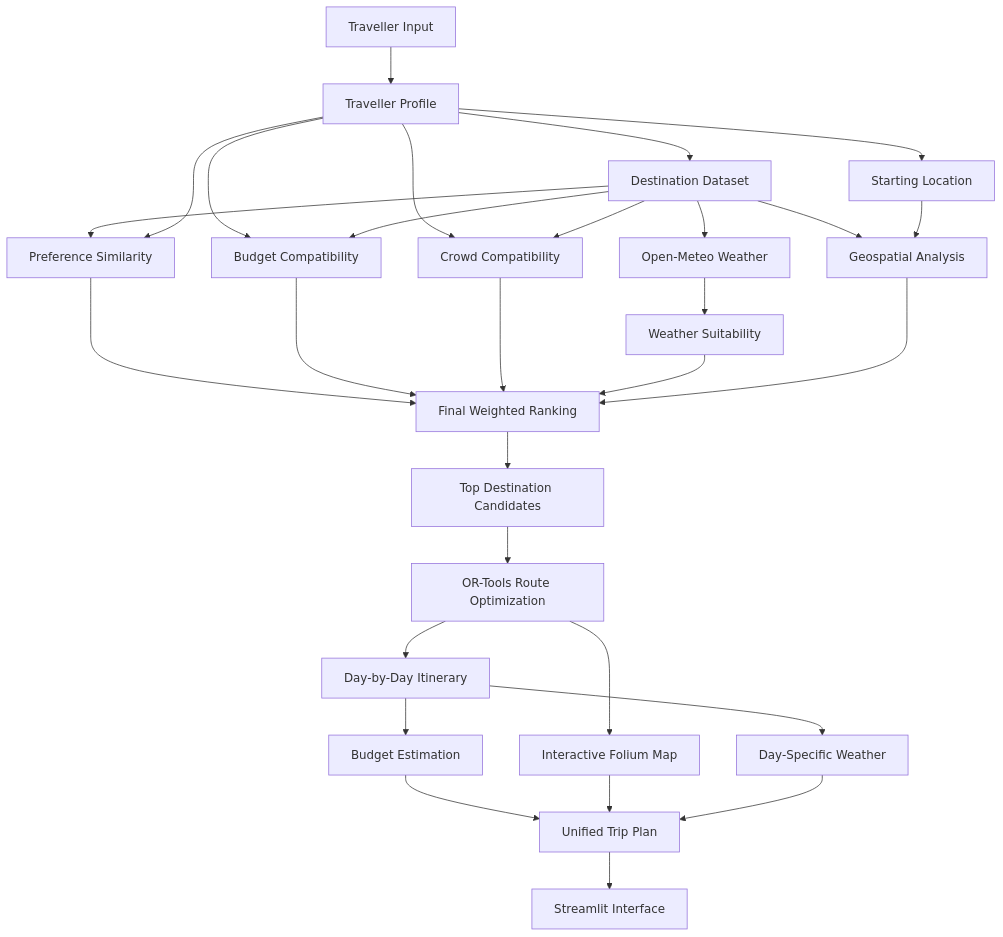
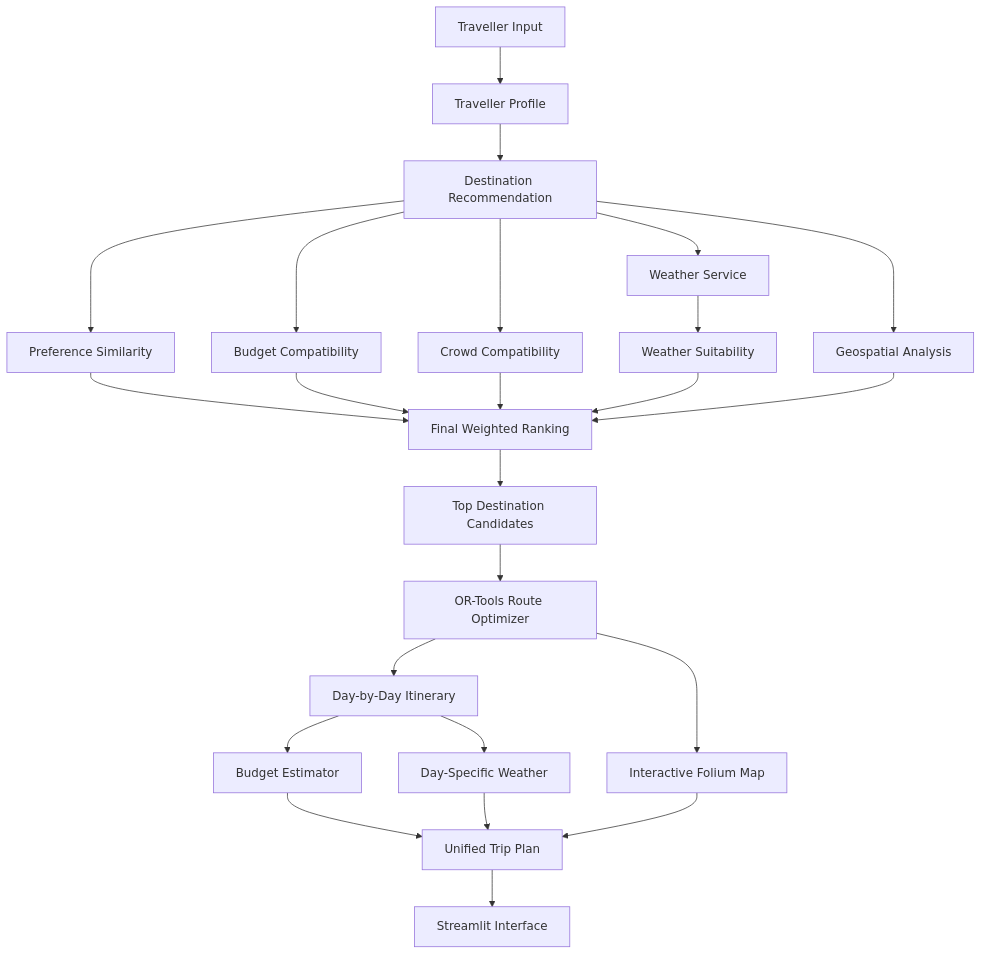
The diagram in README.md (SMCodeX7/Ceylon-Compass), drawn with Mermaid before and after one commit. The commit also changed other lines of this file and 7 other files, not shown here.

````diff
--- a/README.md
+++ b/README.md
@@ -265,47 +300,40 @@
 ```mermaid
 flowchart TD
 
     A[Traveller Input] --> B[Traveller Profile]
 
-    B --> C[Destination Dataset]
+    B --> C[Destination Recommendation]
 
     C --> D[Preference Similarity]
-    B --> D
+    C --> E[Budget Compatibility]
+    C --> F[Crowd Compatibility]
 
-    B --> E[Budget Compatibility]
-    C --> E
-
-    B --> F[Crowd Compatibility]
-    C --> F
-
-    C --> G[Open-Meteo Weather]
+    C --> G[Weather Service]
     G --> H[Weather Suitability]
 
-    B --> I[Starting Location]
-    C --> J[Geospatial Analysis]
+    C --> I[Geospatial Analysis]
+
+    D --> J[Final Weighted Ranking]
+    E --> J
+    F --> J
+    H --> J
     I --> J
 
-    D --> K[Final Weighted Ranking]
-    E --> K
-    F --> K
-    H --> K
-    J --> K
+    J --> K[Top Destination Candidates]
 
-    K --> L[Top Destination Candidates]
+    K --> L[OR-Tools Route Optimizer]
 
-    L --> M[OR-Tools Route Optimization]
+    L --> M[Day-by-Day Itinerary]
 
-    M --> N[Day-by-Day Itinerary]
+    M --> N[Budget Estimator]
 
-    N --> O[Budget Estimation]
+    L --> O[Interactive Folium Map]
 
-    M --> P[Interactive Folium Map]
+    M --> P[Day-Specific Weather]
 
-    N --> Q[Day-Specific Weather]
+    N --> Q[Unified Trip Plan]
+    O --> Q
+    P --> Q
 
-    O --> R[Unified Trip Plan]
-    P --> R
-    Q --> R
-
-    R --> S[Streamlit Interface]
+    Q --> R[Streamlit Interface]
 ```
````
